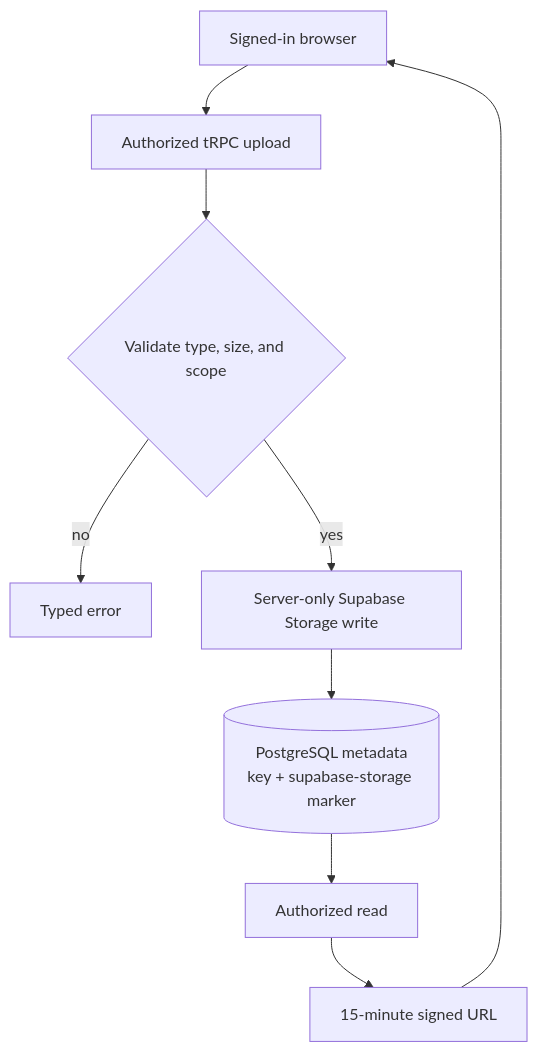
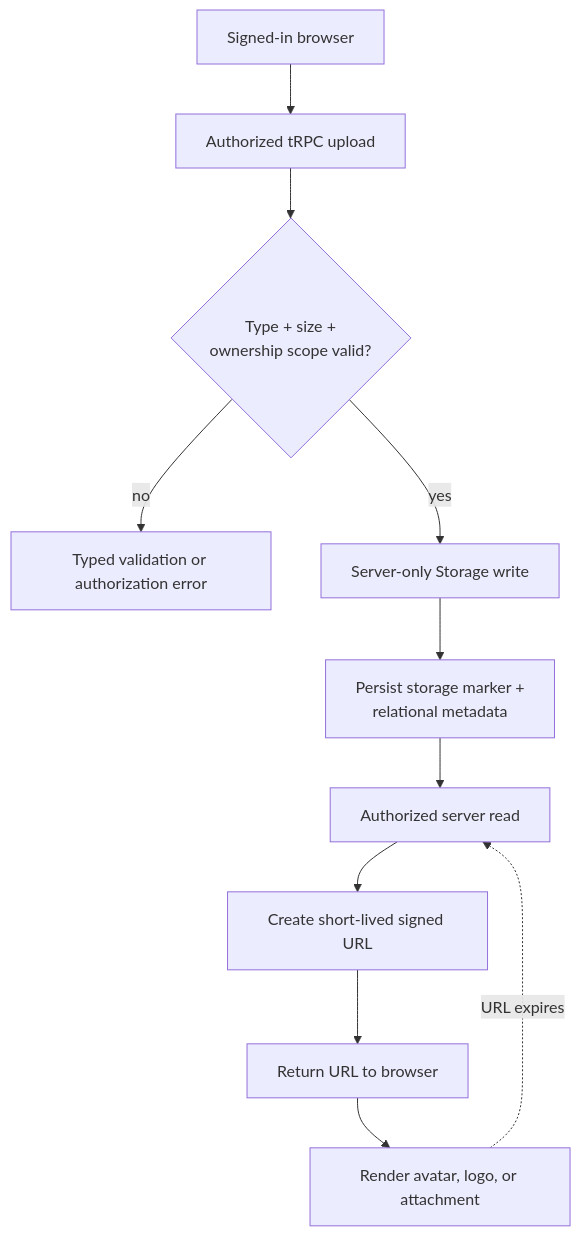
The eighth of 10 diagrams in docs/visuals.md (Simondavid07/bugforge), drawn with Mermaid before and after one commit. The commit also changed other lines of this file and 2 other files, not shown here.

Commit message:
docs: expand system documentation graph

````diff
--- a/docs/visuals.md
+++ b/docs/visuals.md
@@ -61,11 +301,13 @@
 ```mermaid
 flowchart TD
-  U[Signed-in browser] --> Q[Authorized tRPC upload]
-  Q --> V{Validate type, size, and scope}
-  V -- no --> E[Typed error]
-  V -- yes --> P[Server-only Supabase Storage write]
-  P --> DB[(PostgreSQL metadata\nkey + supabase-storage marker)]
-  DB --> R[Authorized read]
-  R --> Z[15-minute signed URL]
-  Z --> U
+  U[Signed-in browser] --> Upload[Authorized tRPC upload]
+  Upload --> Validate{Type + size +\nownership scope valid?}
+  Validate -- no --> Error[Typed validation or authorization error]
+  Validate -- yes --> Write[Server-only Storage write]
+  Write --> Meta[Persist storage marker +\nrelational metadata]
+  Meta --> Read[Authorized server read]
+  Read --> Sign[Create short-lived signed URL]
+  Sign --> Return[Return URL to browser]
+  Return --> Render[Render avatar, logo, or attachment]
+  Render -. URL expires .-> Read
 ```
````
